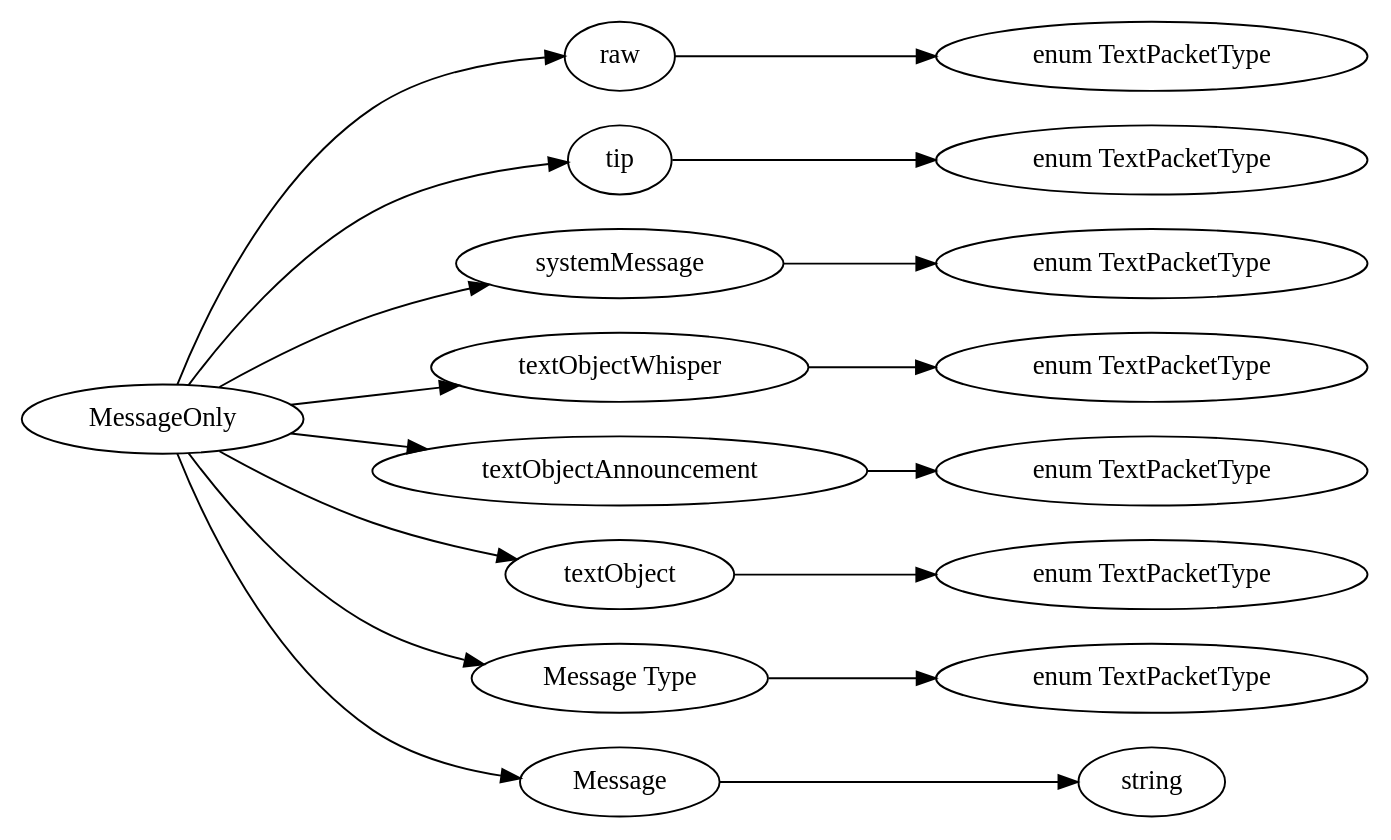
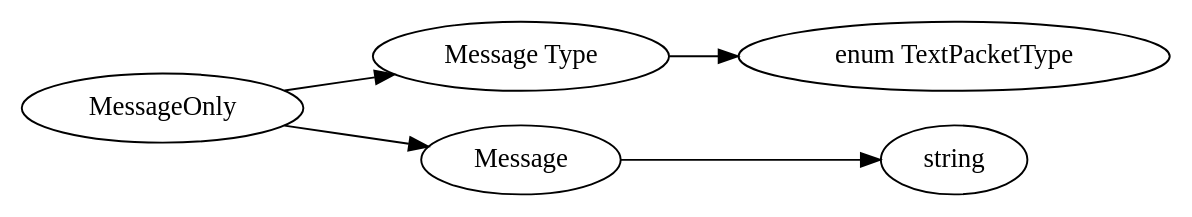
Before and after one commit to ApocalypsjeNL/bedrock-protocol-docs: the diagram in dot/MessageOnly.dot, drawn with Graphviz. The commit also changed 604 other files, not shown here.

```diff
--- a/dot/MessageOnly.dot
+++ b/dot/MessageOnly.dot
@@ -1,40 +1,16 @@
 digraph "MessageOnly" {
 rankdir = LR
 0
 0 -> 1
 1 -> 2
 0 -> 3
 3 -> 4
-0 -> 5
-5 -> 6
-0 -> 7
-7 -> 8
-0 -> 9
-9 -> 10
-0 -> 11
-11 -> 12
-0 -> 13
-13 -> 14
-0 -> 15
-15 -> 16
 
 0 [label="MessageOnly",comment="name: \"MessageOnly\", typeName: \"\", id: 0, branchId: 0, recurseId: -1, attributes: 0, notes: \"\""];
-1 [label="raw",comment="name: \"raw\", typeName: \"\", id: 1, branchId: 0, recurseId: -1, attributes: 0, notes: \"\""];
+1 [label="Message Type",comment="name: \"Message Type\", typeName: \"\", id: 1, branchId: 0, recurseId: -1, attributes: 0, notes: \"\""];
 2 [label="enum TextPacketType",comment="name: \"enum TextPacketType\", typeName: \"\", id: 2, branchId: 0, recurseId: -1, attributes: 512, notes: \"\""];
-3 [label="tip",comment="name: \"tip\", typeName: \"\", id: 3, branchId: 0, recurseId: -1, attributes: 0, notes: \"\""];
-4 [label="enum TextPacketType",comment="name: \"enum TextPacketType\", typeName: \"\", id: 4, branchId: 0, recurseId: -1, attributes: 512, notes: \"\""];
-5 [label="systemMessage",comment="name: \"systemMessage\", typeName: \"\", id: 5, branchId: 0, recurseId: -1, attributes: 0, notes: \"\""];
-6 [label="enum TextPacketType",comment="name: \"enum TextPacketType\", typeName: \"\", id: 6, branchId: 0, recurseId: -1, attributes: 512, notes: \"\""];
-7 [label="textObjectWhisper",comment="name: \"textObjectWhisper\", typeName: \"\", id: 7, branchId: 0, recurseId: -1, attributes: 0, notes: \"\""];
-8 [label="enum TextPacketType",comment="name: \"enum TextPacketType\", typeName: \"\", id: 8, branchId: 0, recurseId: -1, attributes: 512, notes: \"\""];
-9 [label="textObjectAnnouncement",comment="name: \"textObjectAnnouncement\", typeName: \"\", id: 9, branchId: 0, recurseId: -1, attributes: 0, notes: \"\""];
-10 [label="enum TextPacketType",comment="name: \"enum TextPacketType\", typeName: \"\", id: 10, branchId: 0, recurseId: -1, attributes: 512, notes: \"\""];
-11 [label="textObject",comment="name: \"textObject\", typeName: \"\", id: 11, branchId: 0, recurseId: -1, attributes: 0, notes: \"\""];
-12 [label="enum TextPacketType",comment="name: \"enum TextPacketType\", typeName: \"\", id: 12, branchId: 0, recurseId: -1, attributes: 512, notes: \"\""];
-13 [label="Message Type",comment="name: \"Message Type\", typeName: \"\", id: 13, branchId: 0, recurseId: -1, attributes: 0, notes: \"\""];
-14 [label="enum TextPacketType",comment="name: \"enum TextPacketType\", typeName: \"\", id: 14, branchId: 0, recurseId: -1, attributes: 512, notes: \"\""];
-15 [label="Message",comment="name: \"Message\", typeName: \"\", id: 15, branchId: 0, recurseId: -1, attributes: 0, notes: \"\""];
-16 [label="string",comment="name: \"string\", typeName: \"\", id: 16, branchId: 0, recurseId: -1, attributes: 512, notes: \"\""];
-{ rank = max;2;4;6;8;10;12;14;16}
+3 [label="Message",comment="name: \"Message\", typeName: \"\", id: 3, branchId: 0, recurseId: -1, attributes: 0, notes: \"\""];
+4 [label="string",comment="name: \"string\", typeName: \"\", id: 4, branchId: 0, recurseId: -1, attributes: 512, notes: \"\""];
+{ rank = max;2;4}
 
 }
```
